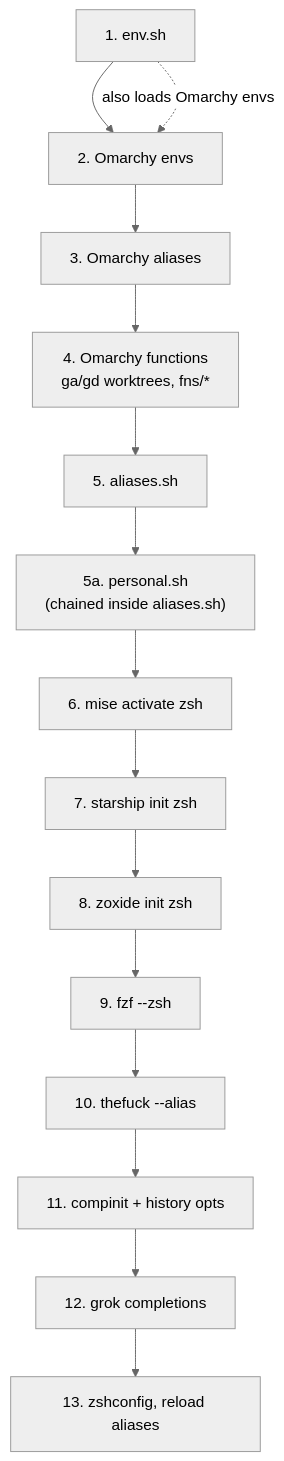
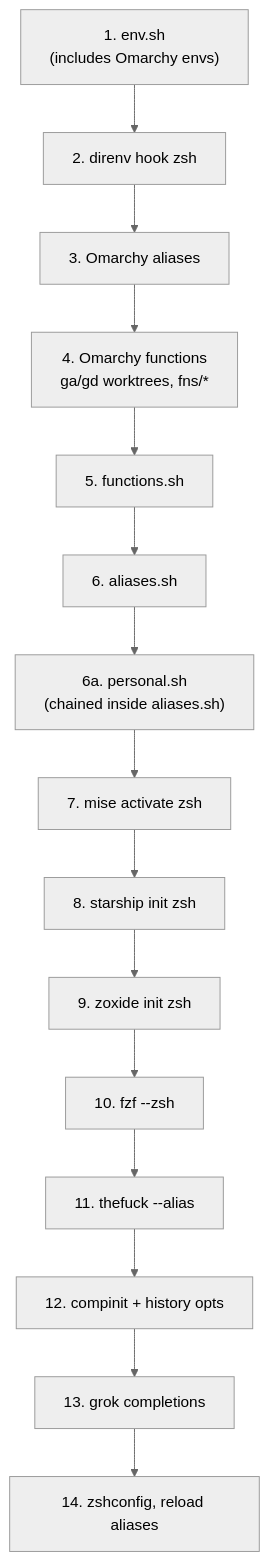
Before and after one commit to p10ns11y/shellyxz.sh: the fourth of 9 diagrams in shell.md, drawn with Mermaid (neutral theme). The commit also changed other lines of this file and 3 other files, not shown here.

````diff
--- a/shell.md
+++ b/shell.md
@@ -134,18 +139,17 @@
 ```mermaid
 flowchart TD
-    A["1. env.sh"] --> B["2. Omarchy envs"]
+    A["1. env.sh<br/>(includes Omarchy envs)"] --> B["2. direnv hook zsh"]
     B --> C["3. Omarchy aliases"]
     C --> D["4. Omarchy functions<br/>ga/gd worktrees, fns/*"]
-    D --> E["5. aliases.sh"]
-    E --> F["5a. personal.sh<br/>(chained inside aliases.sh)"]
-    F --> G["6. mise activate zsh"]
-    G --> H["7. starship init zsh"]
-    H --> I["8. zoxide init zsh"]
-    I --> J["9. fzf --zsh"]
-    J --> K["10. thefuck --alias"]
-    K --> L["11. compinit + history opts"]
-    L --> M["12. grok completions"]
-    M --> N["13. zshconfig, reload aliases"]
-
-    A -.->|"also loads Omarchy envs"| B
+    D --> E["5. functions.sh"]
+    E --> F["6. aliases.sh"]
+    F --> G["6a. personal.sh<br/>(chained inside aliases.sh)"]
+    G --> H["7. mise activate zsh"]
+    H --> I["8. starship init zsh"]
+    I --> J["9. zoxide init zsh"]
+    J --> K["10. fzf --zsh"]
+    K --> L["11. thefuck --alias"]
+    L --> M["12. compinit + history opts"]
+    M --> N["13. grok completions"]
+    N --> O["14. zshconfig, reload aliases"]
 ```
````
